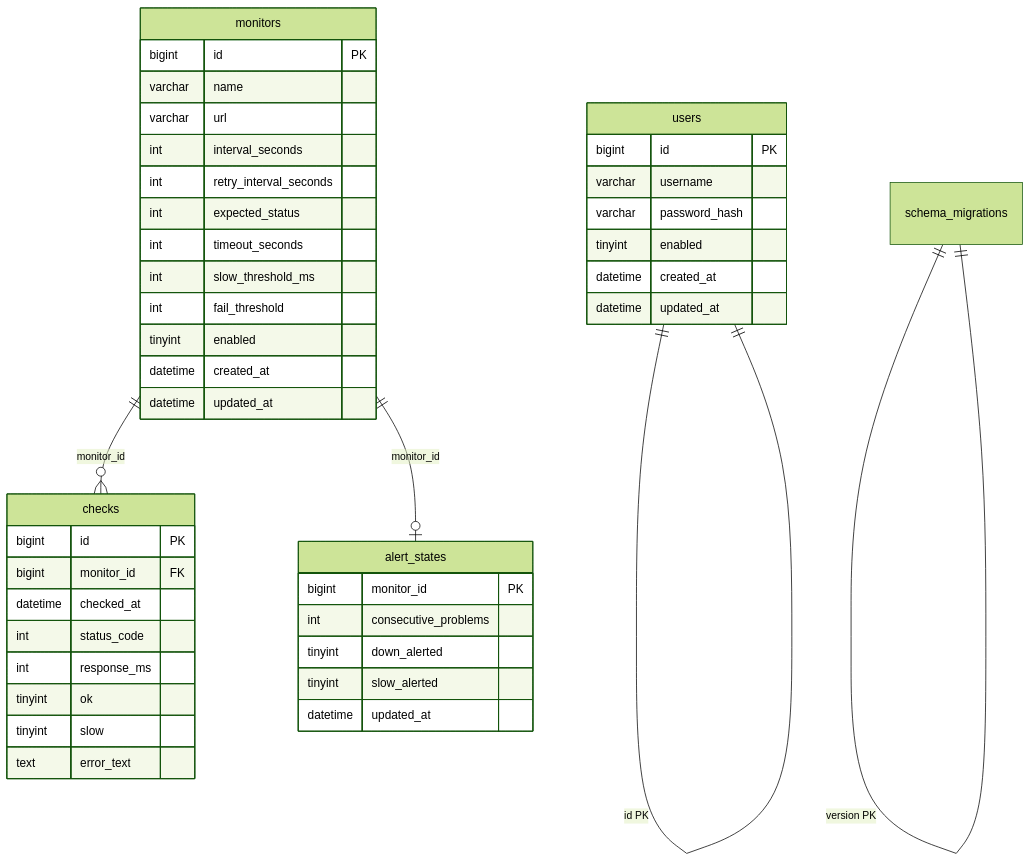
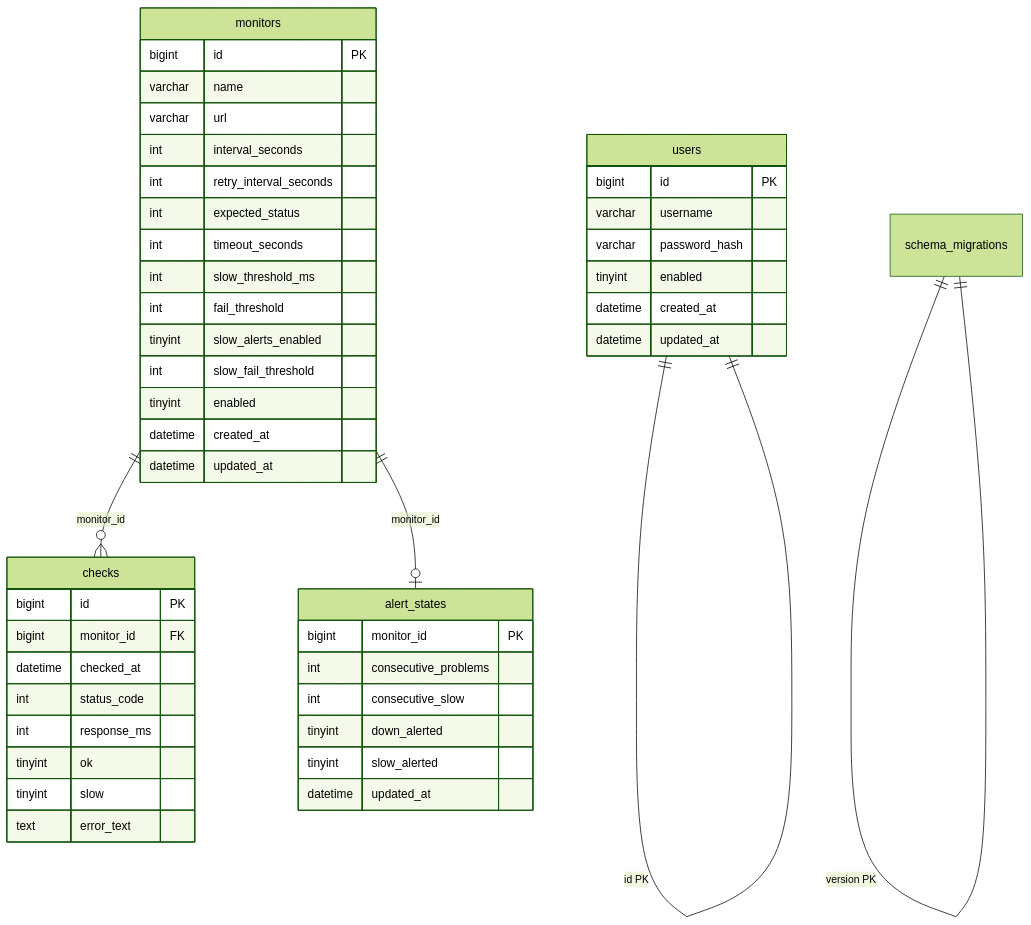
The diagram in docs/data-model.md (mc-lion/WebChecker), drawn with Mermaid (forest theme) before and after one commit. The commit also changed other lines of this file and 12 other files, not shown here.

````diff
--- a/docs/data-model.md
+++ b/docs/data-model.md
@@ -7,50 +7,53 @@
 ```mermaid
 erDiagram
   monitors ||--o{ checks : "monitor_id"
   monitors ||--o| alert_states : "monitor_id"
   users ||--|| users : "id PK"
   schema_migrations ||--|| schema_migrations : "version PK"
 
   users {
     bigint id PK
     varchar username
     varchar password_hash
     tinyint enabled
     datetime created_at
     datetime updated_at
   }
 
   monitors {
     bigint id PK
     varchar name
     varchar url
     int interval_seconds
     int retry_interval_seconds
     int expected_status
     int timeout_seconds
     int slow_threshold_ms
     int fail_threshold
+    tinyint slow_alerts_enabled
+    int slow_fail_threshold
     tinyint enabled
     datetime created_at
     datetime updated_at
   }
 
   checks {
     bigint id PK
     bigint monitor_id FK
     datetime checked_at
     int status_code
     int response_ms
     tinyint ok
     tinyint slow
     text error_text
   }
 
   alert_states {
     bigint monitor_id PK
     int consecutive_problems
+    int consecutive_slow
     tinyint down_alerted
     tinyint slow_alerted
     datetime updated_at
   }
 ```
````
